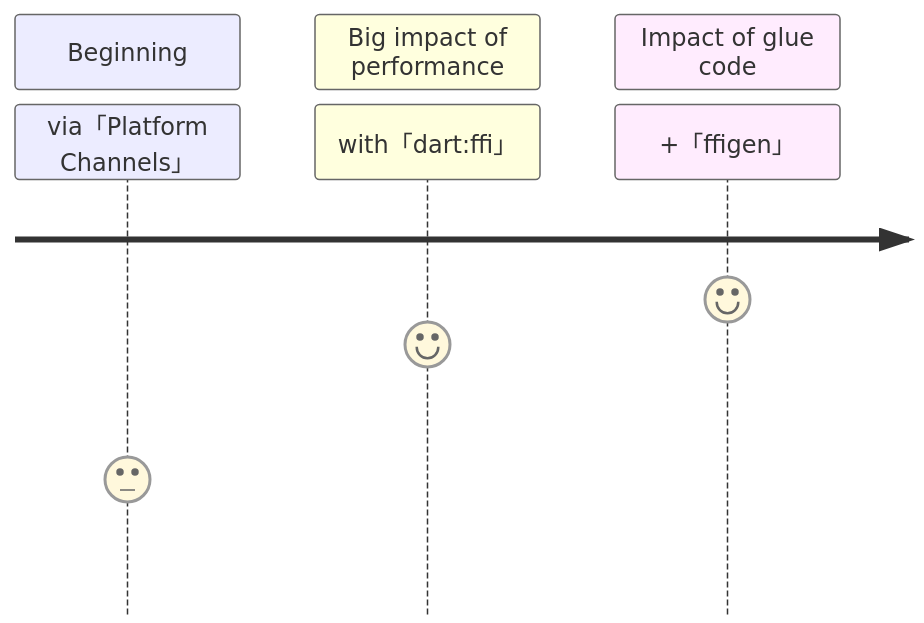
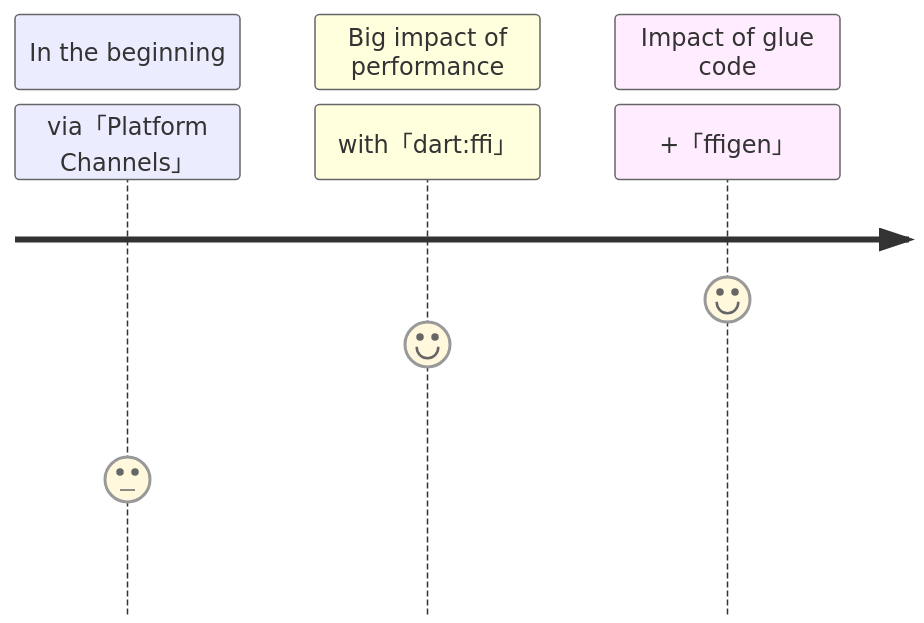
Before and after one commit to sensuikan1973/flutter_expensive_native_embedding_journey: the first of 3 diagrams in slide/pages/calling_native_C_APIs.md, drawn with Mermaid. The commit also changed other lines of this file, not shown here.

````diff
--- a/slide/pages/calling_native_C_APIs.md
+++ b/slide/pages/calling_native_C_APIs.md
@@ -27,9 +27,9 @@
 ```mermaid {scale: 0.6}
 journey
-    section Beginning
+    section In the beginning
         via「Platform Channels」: 3
     section Big impact of performance
         with「dart#58;ffi」 : 6
     section Impact of glue code
         +「ffigen」 : 7
 ```
````
